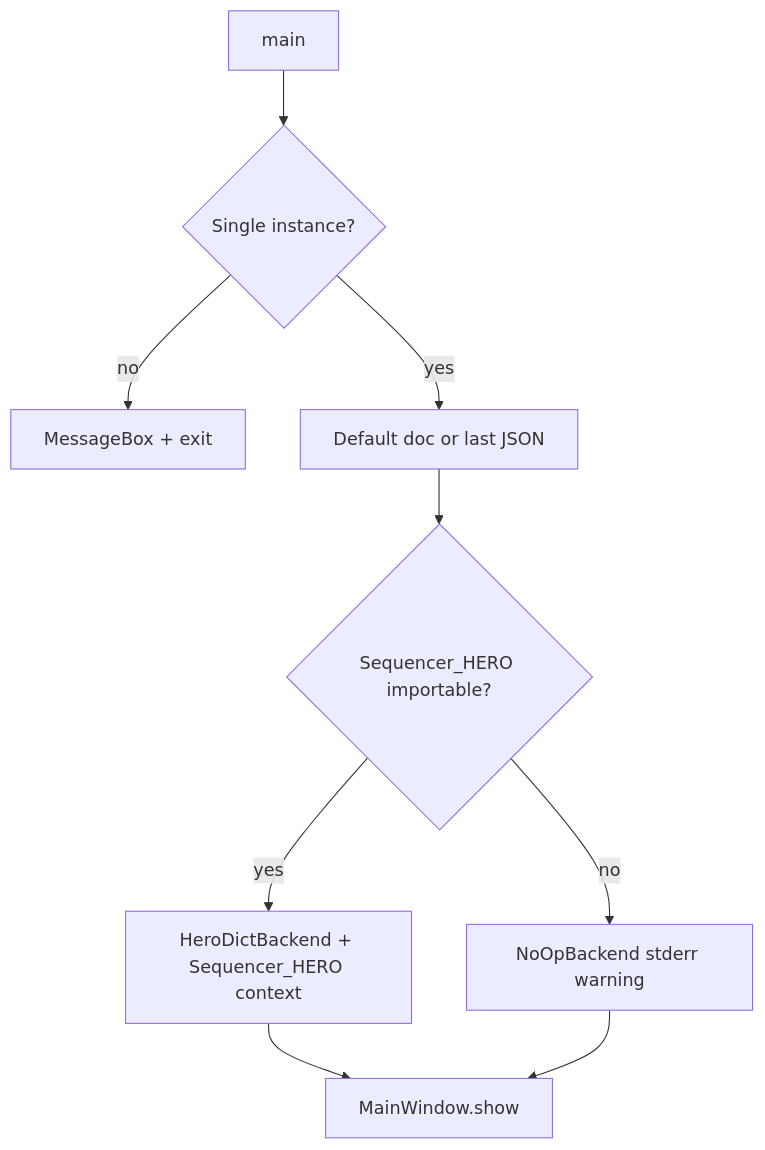
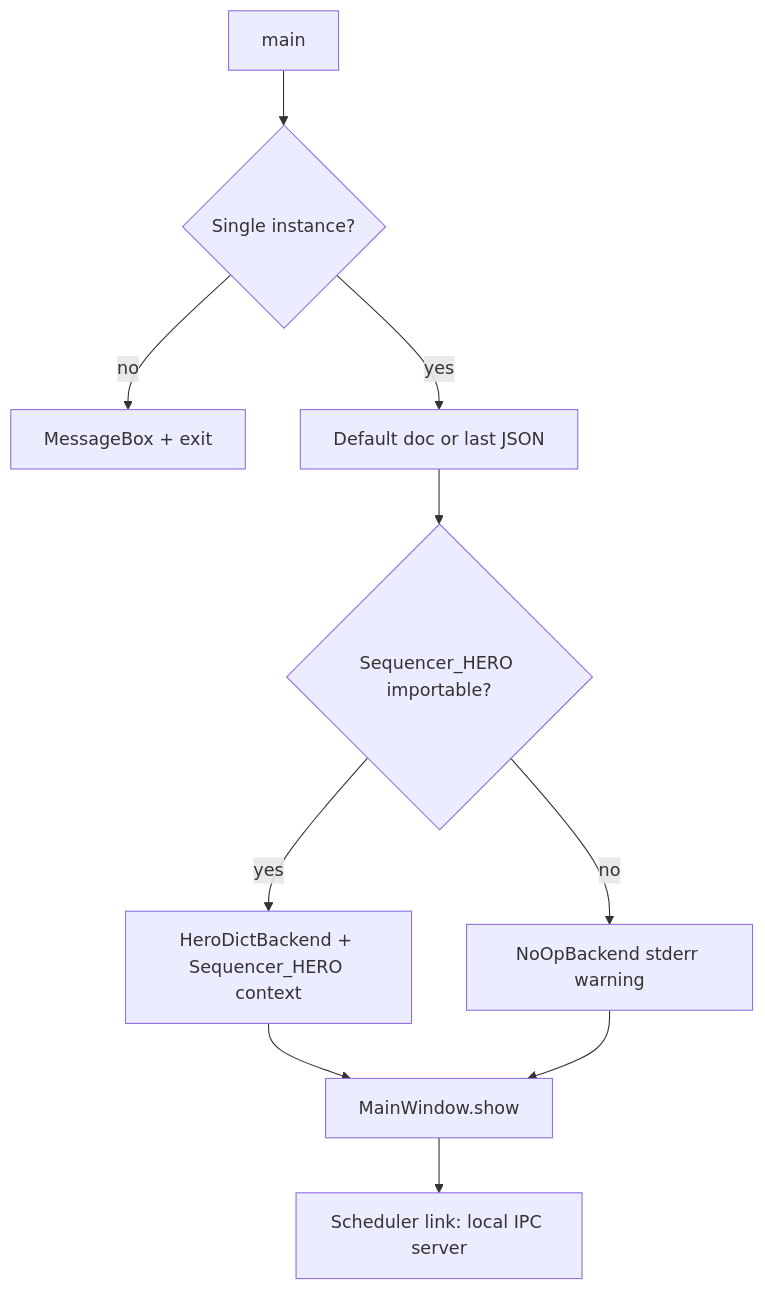
The ninth of 11 diagrams in docs/functional-architecture.md (PetanqueExperiment/GUI_Sequencer), drawn with Mermaid before and after one commit. The commit also changed other lines of this file and 11 other files, not shown here.

````diff
--- a/docs/functional-architecture.md
+++ b/docs/functional-architecture.md
@@ -287,11 +287,12 @@
 ```mermaid
 flowchart TD
     START[main] --> SINGLE{Single instance?}
     SINGLE -->|no| EXIT[MessageBox + exit]
     SINGLE -->|yes| LOAD[Default doc or last JSON]
     LOAD --> HERO_OK{Sequencer_HERO importable?}
     HERO_OK -->|yes| WITH[HeroDictBackend + Sequencer_HERO context]
     HERO_OK -->|no| NOOP[NoOpBackend stderr warning]
     WITH --> WIN[MainWindow.show]
     NOOP --> WIN
+    WIN --> LINK[Scheduler link: local IPC server]
 ```
````
